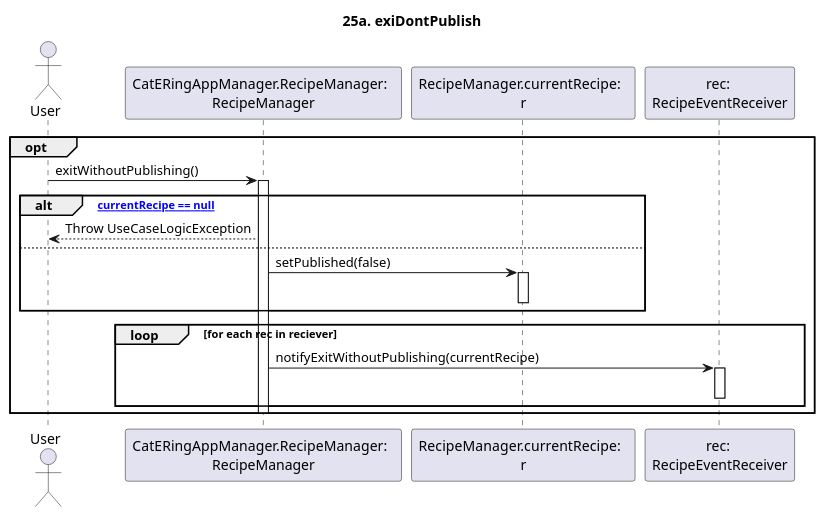
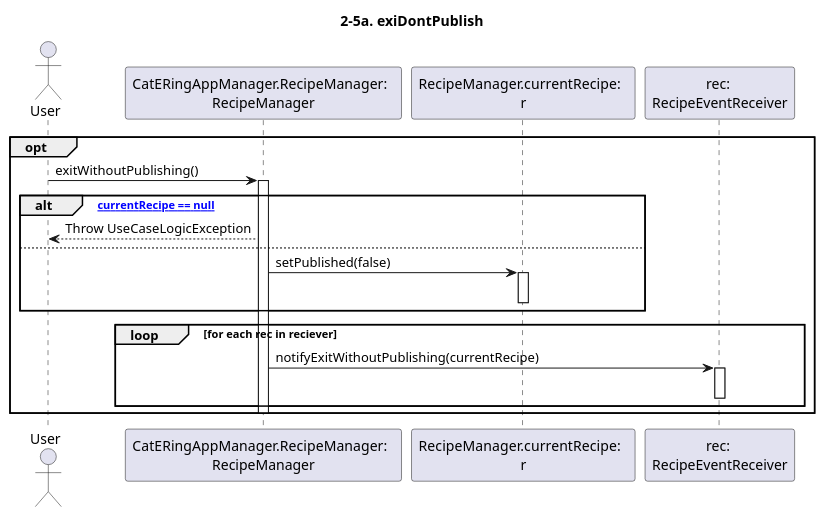
One commit to m0canu1/sas changed the diagram in dsd/dsd-ricette/estensioni/926b-exitNotPublishing.md. Above: the diagram before and after it, drawn with PlantUML. The commit also changed 2 other files, not shown here.

Commit message:
ultimissime correzioni nei dsd

````diff
--- a/dsd/dsd-ricette/estensioni/926b-exitNotPublishing.md
+++ b/dsd/dsd-ricette/estensioni/926b-exitNotPublishing.md
@@ -1,29 +1,29 @@
 ```plantuml
 
-title: 25a. exiDontPublish
+title: 2-5a. exiDontPublish
 
 Actor User
 Participant "CatERingAppManager.RecipeManager:  \nRecipeManager" as RM
 Participant "RecipeManager.currentRecipe:  \nr" as CR
 Participant "rec: \nRecipeEventReceiver" as RER
 
 opt
 	User -> RM: exitWithoutPublishing()
 	Activate RM
 	alt ["currentRecipe == null"]
 		RM --> User: Throw UseCaseLogicException
 	else
 		RM -> CR: setPublished(false)
 		Activate CR
         Deactivate CR
 	end
 
 	loop for each rec in reciever
 		RM -> RER: notifyExitWithoutPublishing(currentRecipe)
 		activate RER
 		deactivate RER
 	end
 	Deactivate RM
 end
 
 ```
````
